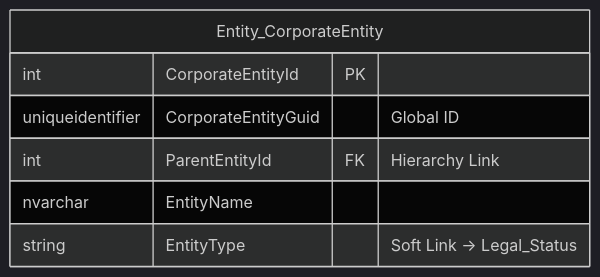
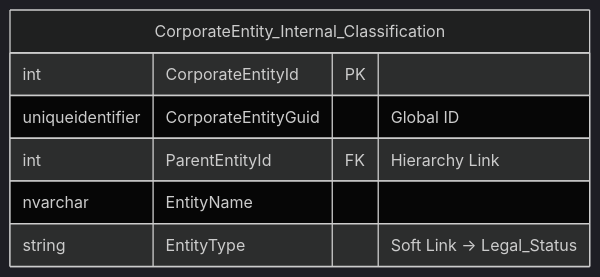
The diagram in 003 DETAILED SPECIFICATIONS IS09001/Z- Data Entites/Z-03 CorporateEntity_Internal_Classification.md (NeilWP/SUSTINA_CAB), drawn with Mermaid (dark theme) before and after one commit.

Commit message:
Update Z-03 CorporateEntity_Internal_Classification.md

````diff
--- a/003 DETAILED SPECIFICATIONS IS09001/Z- Data Entites/Z-03 CorporateEntity_Internal_Classification.md
+++ b/003 DETAILED SPECIFICATIONS IS09001/Z- Data Entites/Z-03 CorporateEntity_Internal_Classification.md
@@ -11,13 +11,13 @@
 ```mermaid
 erDiagram
  %% =======================================================
     %% 1. THE CORE OBJECT (The Single Source)
     %% =======================================================
-    Entity_CorporateEntity {
+    CorporateEntity_Internal_Classification {
         int CorporateEntityId PK
         uniqueidentifier CorporateEntityGuid "Global ID"
         int ParentEntityId FK "Hierarchy Link"
         nvarchar EntityName
         string EntityType "Soft Link -> Legal_Status"
     }
 ```
````
